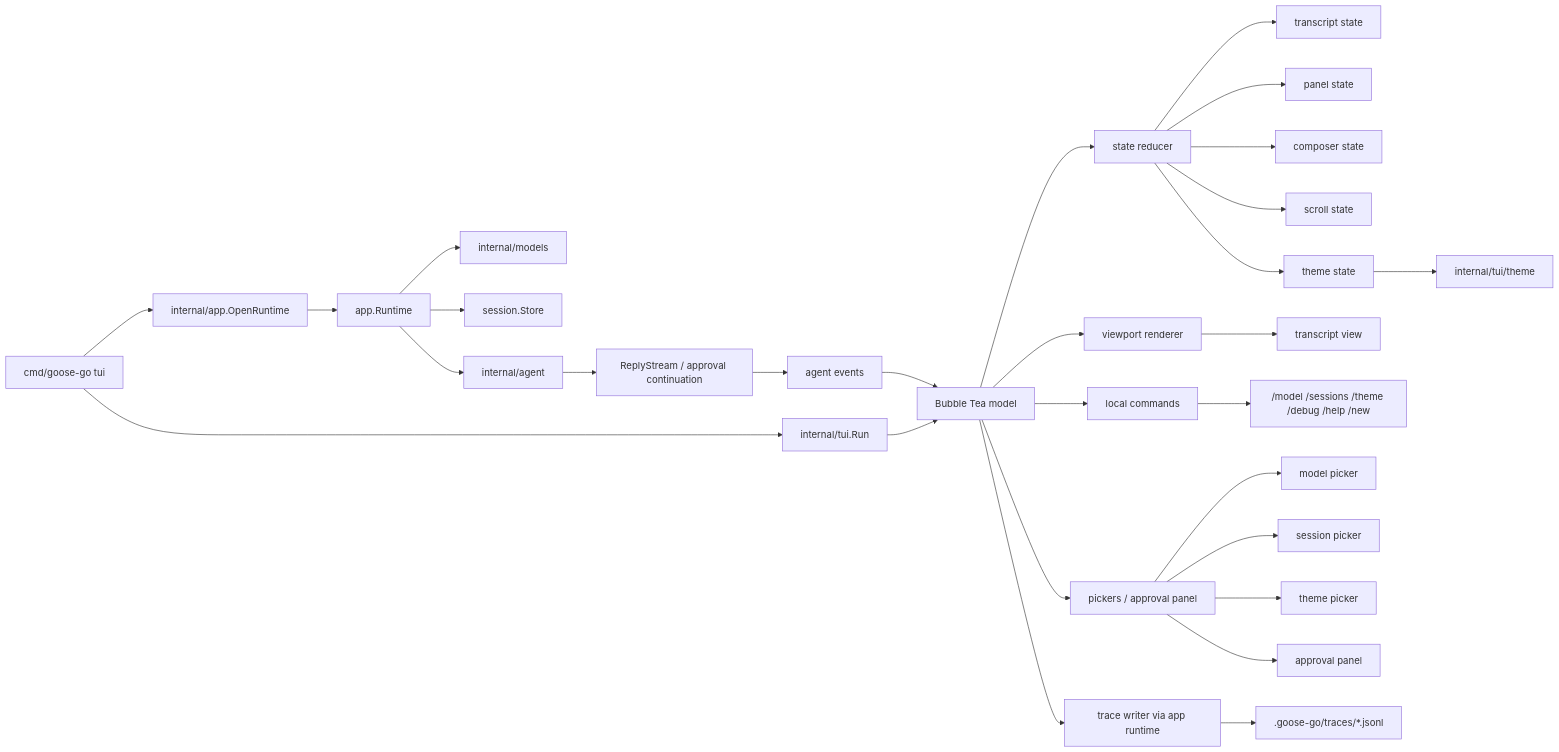
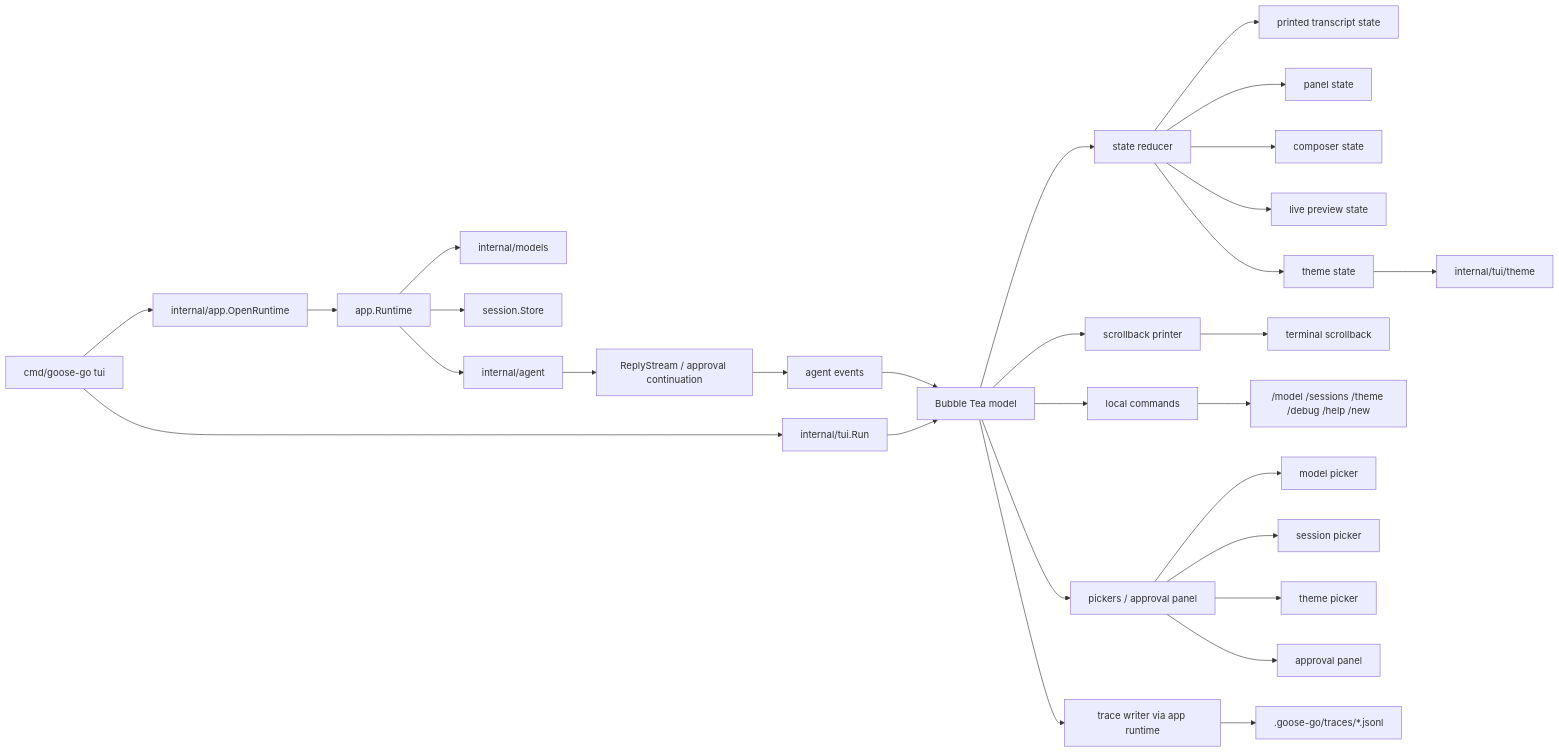
One commit to xren/goose-go changed the first of 2 diagrams in internal/tui/ARCHITECTURE.md. Above: the diagram before and after it, drawn with Mermaid. The commit also changed other lines of this file and 46 other files, not shown here.

Commit message:
Refactor TUI for terminal scrollback

````diff
--- a/internal/tui/ARCHITECTURE.md
+++ b/internal/tui/ARCHITECTURE.md
@@ -39,38 +35,38 @@
 ```mermaid
 flowchart LR
     A["cmd/goose-go tui"] --> B["internal/app.OpenRuntime"]
     A --> C["internal/tui.Run"]
 
     B --> D["app.Runtime"]
     D --> E["internal/models"]
     D --> F["session.Store"]
     D --> G["internal/agent"]
 
     G --> H["ReplyStream / approval continuation"]
     H --> I["agent events"]
 
     C --> J["Bubble Tea model"]
     J --> K["state reducer"]
-    K --> L["transcript state"]
+    K --> L["printed transcript state"]
     K --> M["panel state"]
     K --> N["composer state"]
-    K --> O["scroll state"]
+    K --> O["live preview state"]
     K --> P["theme state"]
 
     I --> J
-    J --> Q["viewport renderer"]
+    J --> Q["scrollback printer"]
     J --> R["local commands"]
     J --> S["pickers / approval panel"]
 
-    Q --> T["transcript view"]
+    Q --> T["terminal scrollback"]
     R --> U["/model /sessions /theme /debug /help /new"]
     S --> V["model picker"]
     S --> W["session picker"]
     S --> X["theme picker"]
     S --> Y["approval panel"]
 
     P --> Z["internal/tui/theme"]
 
     J --> AA["trace writer via app runtime"]
     AA --> AB[".goose-go/traces/*.jsonl"]
 ```
````
